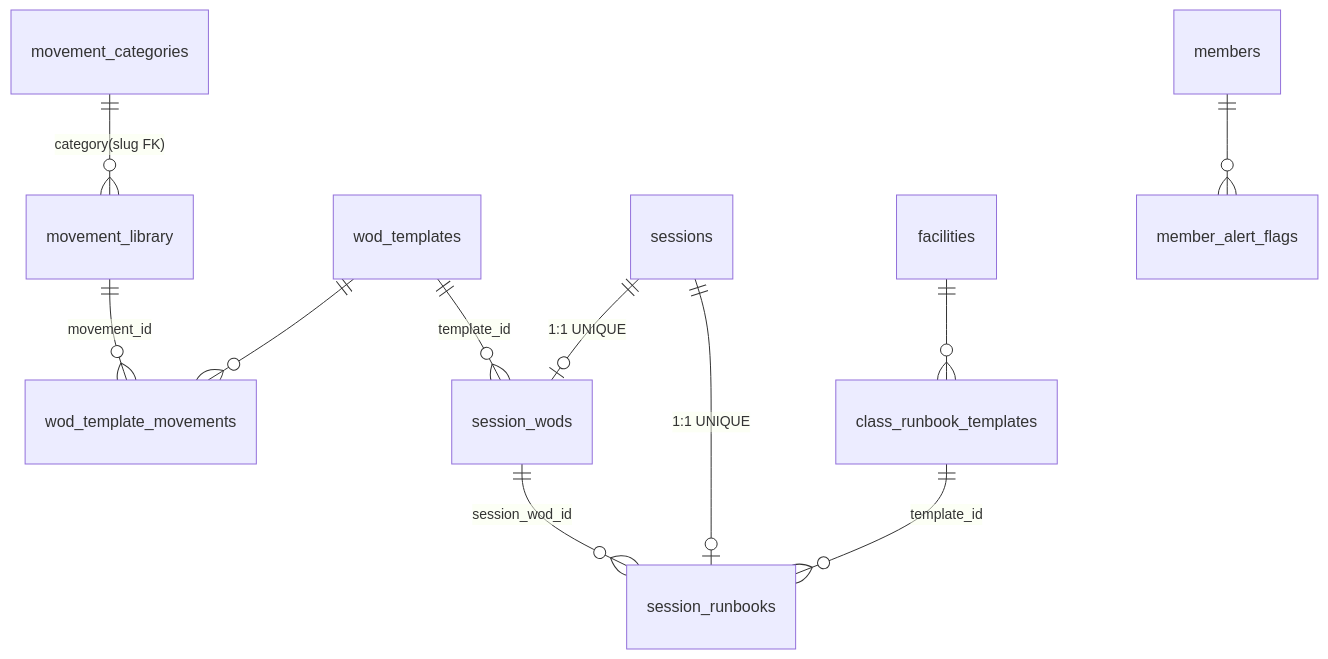
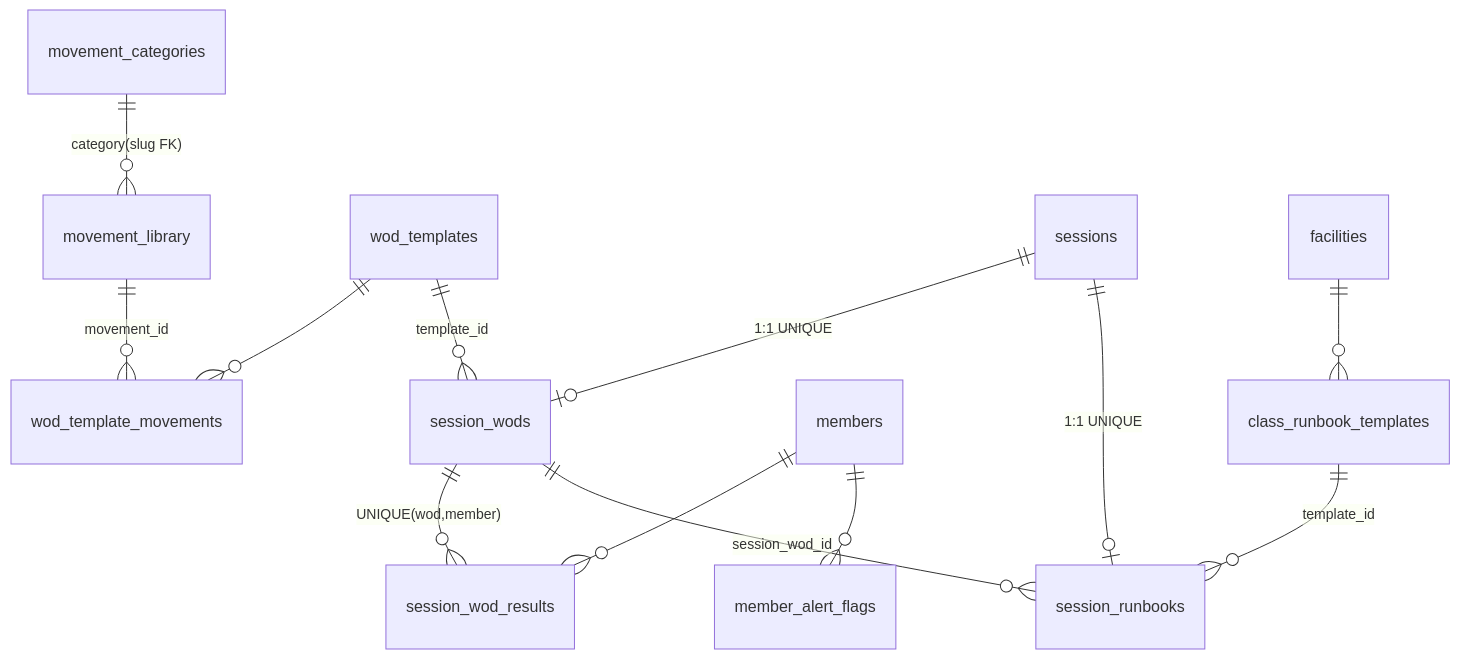
The fifth of 9 diagrams in .docs/rebuild/07-data-model.md (teenfo/BCL-portal), drawn with Mermaid before and after one commit. The commit also changed other lines of this file, not shown here.

````diff
--- a/.docs/rebuild/07-data-model.md
+++ b/.docs/rebuild/07-data-model.md
@@ -415,13 +442,15 @@
 ```mermaid
 erDiagram
     movement_categories ||--o{ movement_library : "category(slug FK)"
     movement_library ||--o{ wod_template_movements : "movement_id"
     wod_templates ||--o{ wod_template_movements : ""
     wod_templates ||--o{ session_wods : "template_id"
     sessions ||--o| session_wods : "1:1 UNIQUE"
+    session_wods ||--o{ session_wod_results : "UNIQUE(wod,member)"
+    members ||--o{ session_wod_results : ""
     facilities ||--o{ class_runbook_templates : ""
     class_runbook_templates ||--o{ session_runbooks : "template_id"
     sessions ||--o| session_runbooks : "1:1 UNIQUE"
     session_wods ||--o{ session_runbooks : "session_wod_id"
     members ||--o{ member_alert_flags : ""
 ```
````
